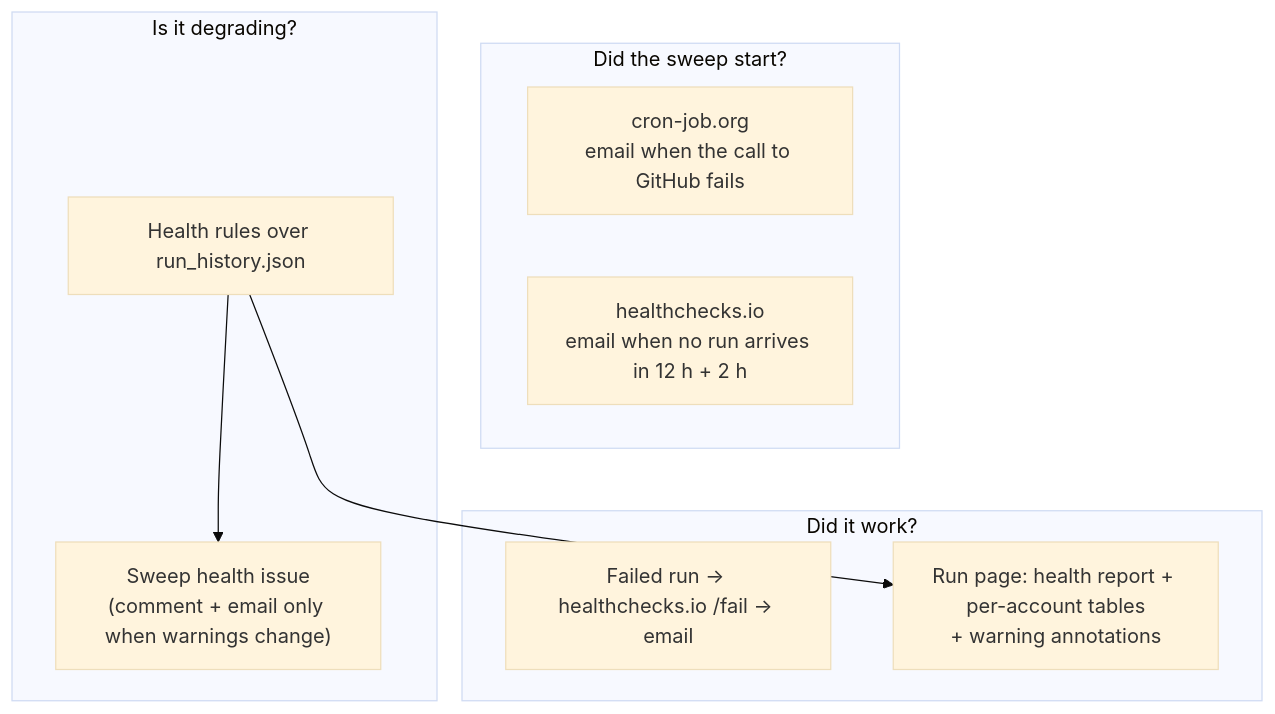
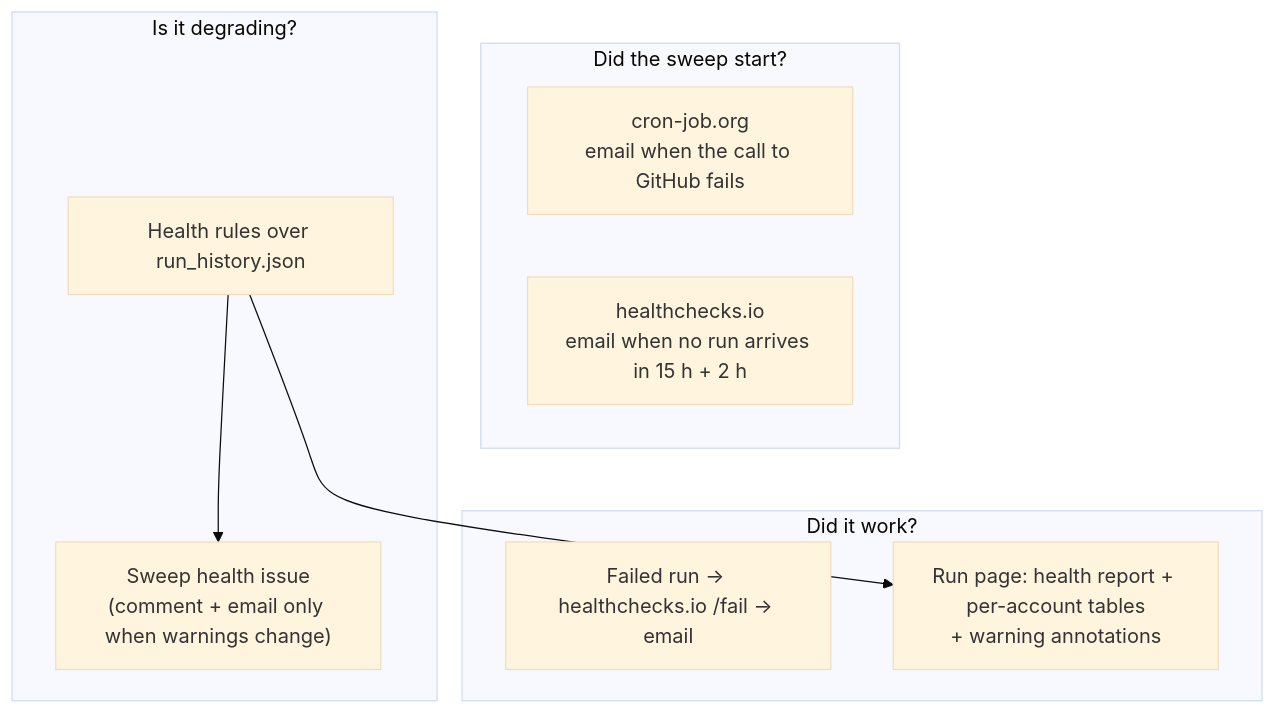
One commit to pa-bailar/backend changed the eighth of 12 diagrams in docs/ARCHITECTURE.md. Above: the diagram before and after it, drawn with Mermaid (base theme). The commit also changed 1 other file, not shown here.

Commit message:
chore: the owner's answers of 7 Oct: @cremadeajiaco kept; the health check's diagram at 15 hours
The architecture's table already said 15 hours (the owner moved the period on healthchecks.io); its diagram still
said 12. @cremadeajiaco, silent 82 days, is kept on purpose: noted next to it so it isn't asked again.

````diff
--- a/docs/ARCHITECTURE.md
+++ b/docs/ARCHITECTURE.md
@@ -1062,17 +1062,17 @@
 ```mermaid
 flowchart TB
     subgraph Start["Did the sweep start?"]
         CJ["cron-job.org<br/>email when the call to GitHub fails"]
-        HC["healthchecks.io<br/>email when no run arrives in 12 h + 2 h"]
+        HC["healthchecks.io<br/>email when no run arrives in 15 h + 2 h"]
     end
     subgraph Run["Did it work?"]
         FAIL["Failed run → healthchecks.io /fail → email"]
         SUM["Run page: health report + per-account tables<br/>+ warning annotations"]
     end
     subgraph Trend["Is it degrading?"]
         RULES["Health rules over run_history.json"]
         ISSUE["Sweep health issue<br/>(comment + email only when warnings change)"]
     end
     RULES --> ISSUE
     RULES --> SUM
 ```
````
